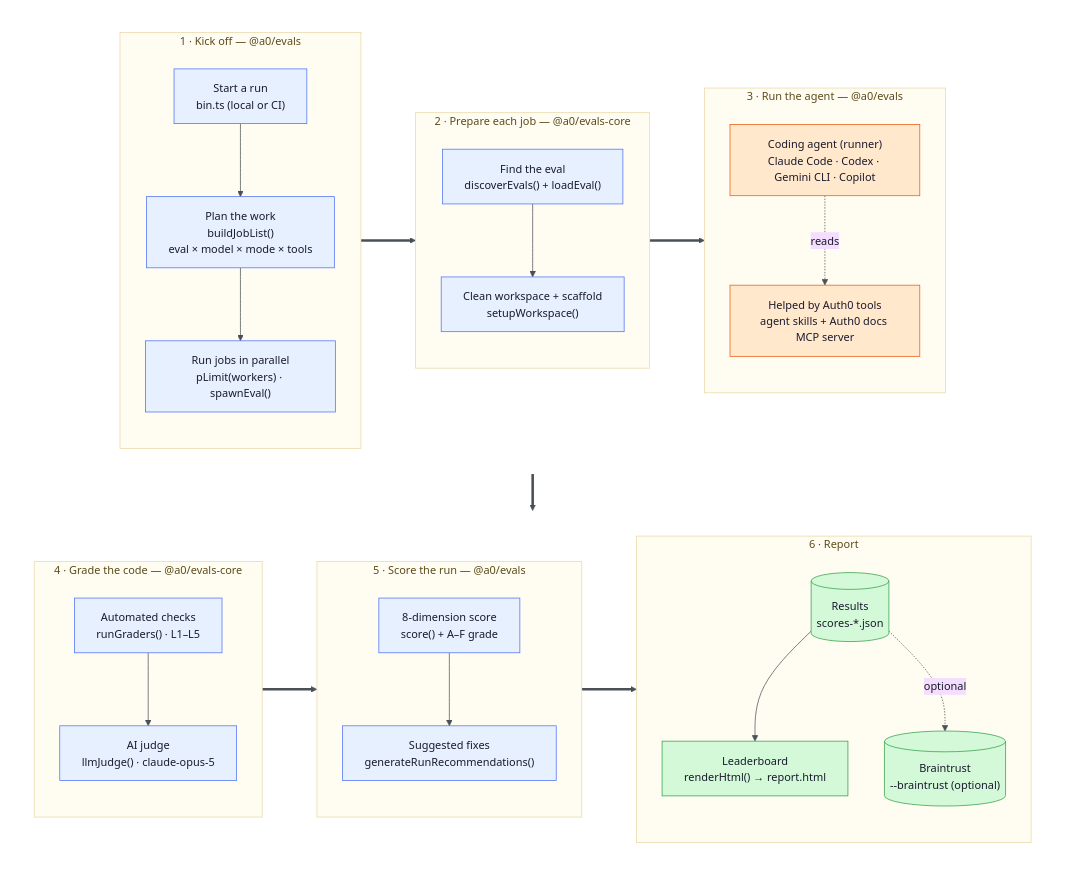
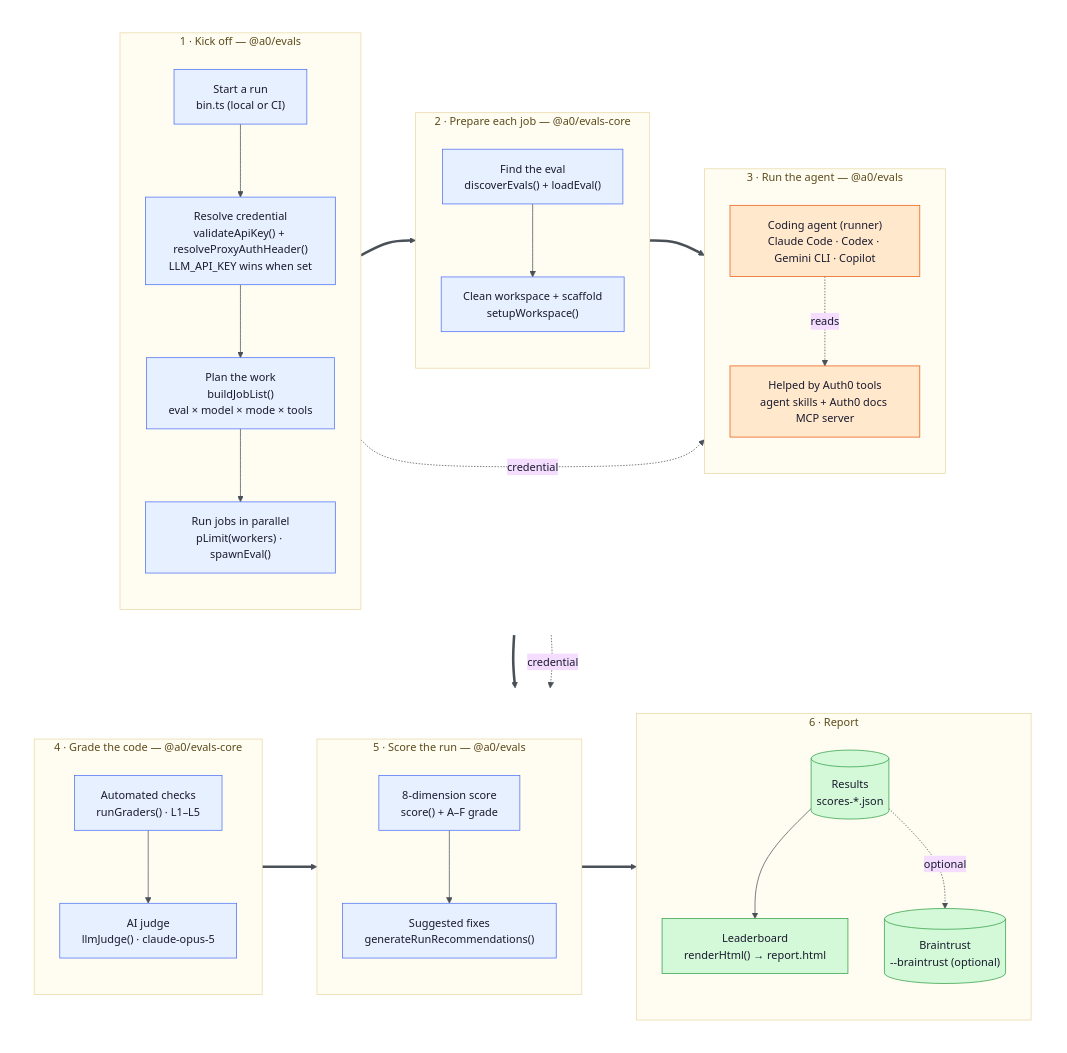
Before and after one commit to auth0/auth0-evals: the first of 2 diagrams in docs/ARCHITECTURE.md, drawn with Mermaid. The commit also changed other lines of this file and 3 other files, not shown here.

````diff
--- a/docs/ARCHITECTURE.md
+++ b/docs/ARCHITECTURE.md
@@ -16,77 +16,80 @@
 ```mermaid
 %%{init: {'theme':'base', 'themeVariables': {
   'fontFamily':'ui-sans-serif, system-ui, sans-serif',
   'fontSize':'15px',
   'lineColor':'#495057','primaryTextColor':'#1A1A2E'
 }}}%%
 flowchart TB
     subgraph RowA[" "]
         direction LR
         subgraph CLI["1 · Kick off — @a0/evals"]
             direction TB
             Bin["Start a run<br/>bin.ts (local or CI)"]
+            Auth["Resolve credential<br/>validateApiKey() + resolveProxyAuthHeader()<br/>LLM_API_KEY wins when set"]
             Matrix["Plan the work<br/>buildJobList()<br/>eval × model × mode × tools"]
             Pool["Run jobs in parallel<br/>pLimit(workers) · spawnEval()"]
-            Bin --> Matrix --> Pool
+            Bin --> Auth --> Matrix --> Pool
         end
 
         subgraph Setup["2 · Prepare each job — @a0/evals-core"]
             direction TB
             Discover["Find the eval<br/>discoverEvals() + loadEval()"]
             WS["Clean workspace + scaffold<br/>setupWorkspace()"]
             Discover --> WS
         end
 
         subgraph Exec["3 · Run the agent — @a0/evals"]
             direction TB
             Runners["Coding agent (runner)<br/>Claude Code · Codex · Gemini CLI · Copilot"]
             Invest["Helped by Auth0 tools<br/>agent skills + Auth0 docs MCP server"]
             Runners -. reads .-> Invest
         end
     end
 
     subgraph RowB[" "]
         direction LR
         subgraph Grade["4 · Grade the code — @a0/evals-core"]
             direction TB
             Engine["Automated checks<br/>runGraders() · L1–L5"]
             Judge["AI judge<br/>llmJudge() · claude-opus-5"]
             Engine --> Judge
         end
 
         subgraph Score["5 · Score the run — @a0/evals"]
             direction TB
             Scorer["8-dimension score<br/>score() + A–F grade"]
             Recs["Suggested fixes<br/>generateRunRecommendations()"]
             Scorer --> Recs
         end
 
         subgraph Storage["6 · Report"]
             direction TB
             Results[("Results<br/>scores-*.json")]
             Report["Leaderboard<br/>renderHtml() → report.html"]
             BT[("Braintrust<br/>--braintrust (optional)")]
             Results --> Report
             Results -. optional .-> BT
         end
     end
 
     Pool ==> Discover
     WS ==> Runners
     Runners ==> Engine
     Judge ==> Scorer
     Recs ==> Results
+    Auth -. credential .-> Runners
+    Auth -. credential .-> Judge
 
     classDef control fill:#E7F0FF,stroke:#4C6EF5,color:#1A1A2E;
     classDef work    fill:#FFE8CC,stroke:#E8590C,color:#1A1A2E;
     classDef data    fill:#D3F9D8,stroke:#2F9E44,color:#1A1A2E;
 
-    class Bin,Matrix,Pool,Discover,WS,Engine,Judge,Scorer,Recs control;
+    class Bin,Auth,Matrix,Pool,Discover,WS,Engine,Judge,Scorer,Recs control;
     class Runners,Invest work;
     class Results,Report,BT data;
 
     classDef cluster fill:#FFFDF2,stroke:#E9D8A6,color:#5C4A1A;
     class CLI,Setup,Exec,Grade,Score,Storage cluster;
     style RowA fill:none,stroke:none;
     style RowB fill:none,stroke:none;
 ```
````
